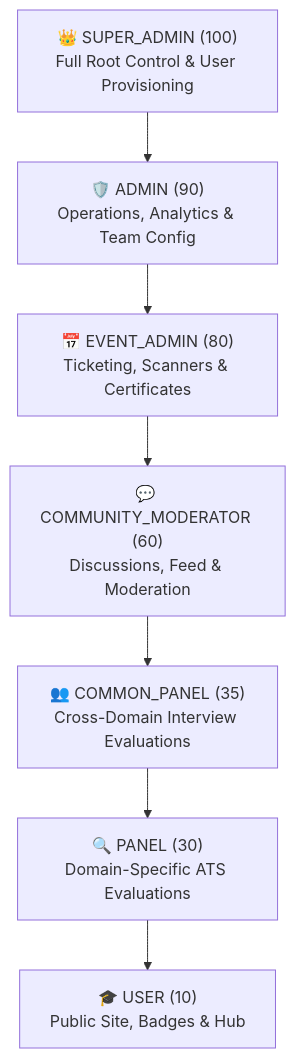
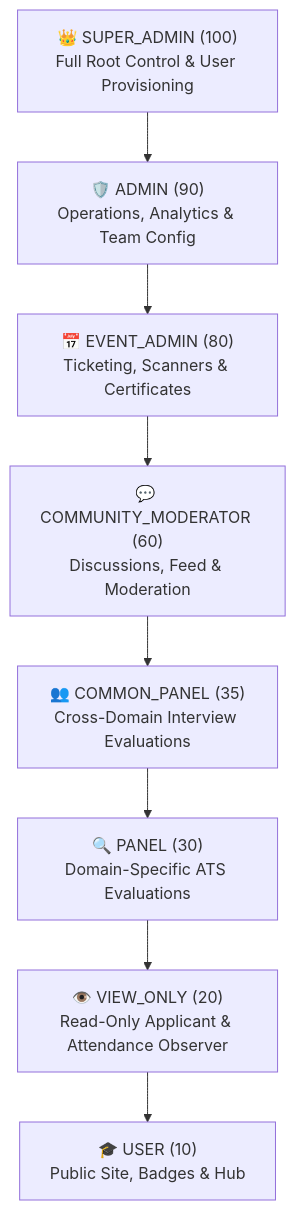
The first of 2 diagrams in docs/04-teams-and-roles/08-rbac-and-access-control-matrix.md (VinaySiddha/mlsc.svec), drawn with Mermaid before and after one commit. The commit also changed other lines of this file and 17 other files, not shown here.

First line of the commit message:
feat: add view-only role with read-only access to applications and attendance features

````diff
--- a/docs/04-teams-and-roles/08-rbac-and-access-control-matrix.md
+++ b/docs/04-teams-and-roles/08-rbac-and-access-control-matrix.md
@@ -22,9 +22,10 @@
 ```mermaid
 graph TD
     SA["👑 SUPER_ADMIN (100)<br/>Full Root Control & User Provisioning"] --> A["🛡️ ADMIN (90)<br/>Operations, Analytics & Team Config"]
     A --> EA["📅 EVENT_ADMIN (80)<br/>Ticketing, Scanners & Certificates"]
     EA --> CM["💬 COMMUNITY_MODERATOR (60)<br/>Discussions, Feed & Moderation"]
     CM --> CP["👥 COMMON_PANEL (35)<br/>Cross-Domain Interview Evaluations"]
     CP --> P["🔍 PANEL (30)<br/>Domain-Specific ATS Evaluations"]
-    P --> U["🎓 USER (10)<br/>Public Site, Badges & Hub"]
+    P --> VO["👁️ VIEW_ONLY (20)<br/>Read-Only Applicant & Attendance Observer"]
+    VO --> U["🎓 USER (10)<br/>Public Site, Badges & Hub"]
 ```
````
